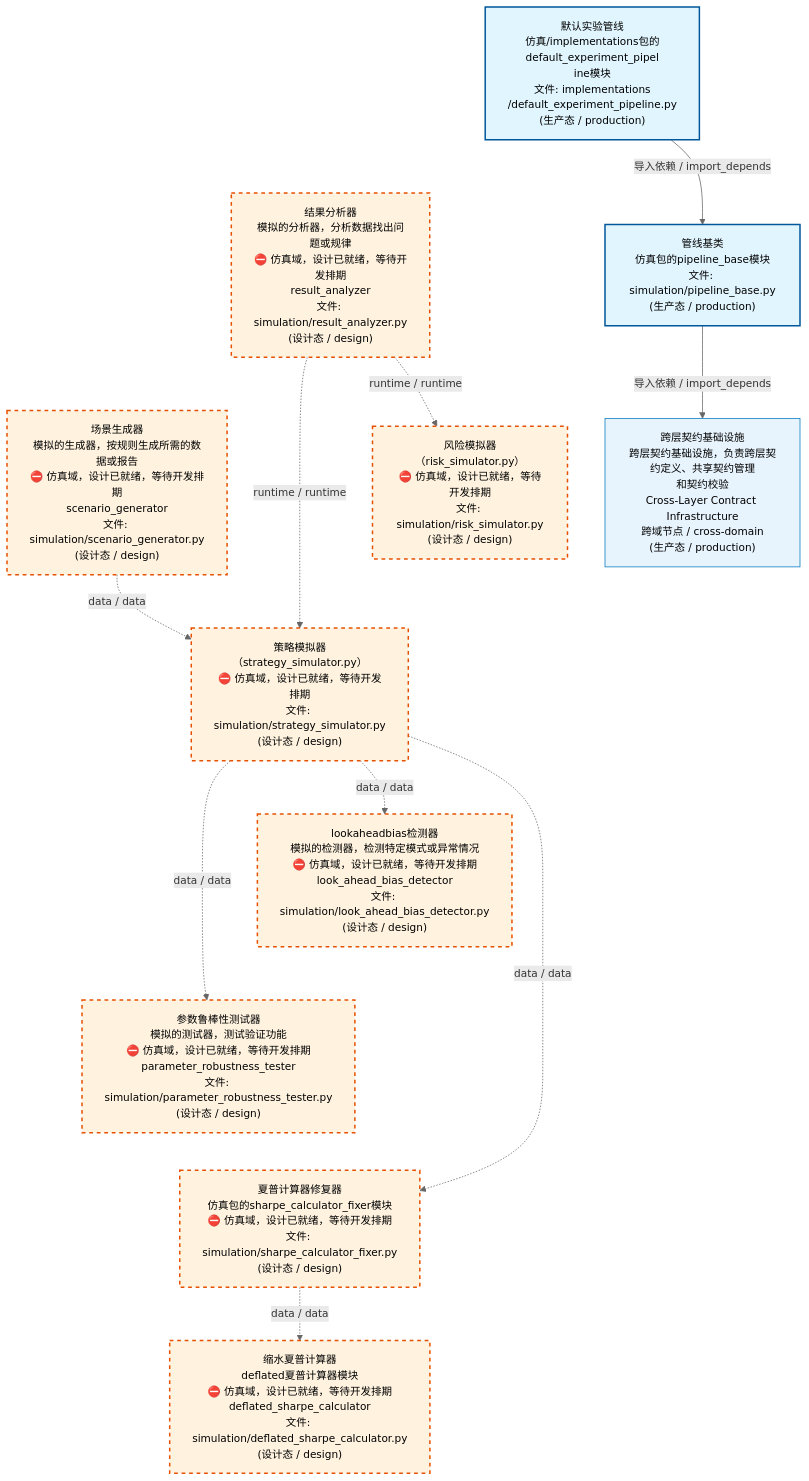
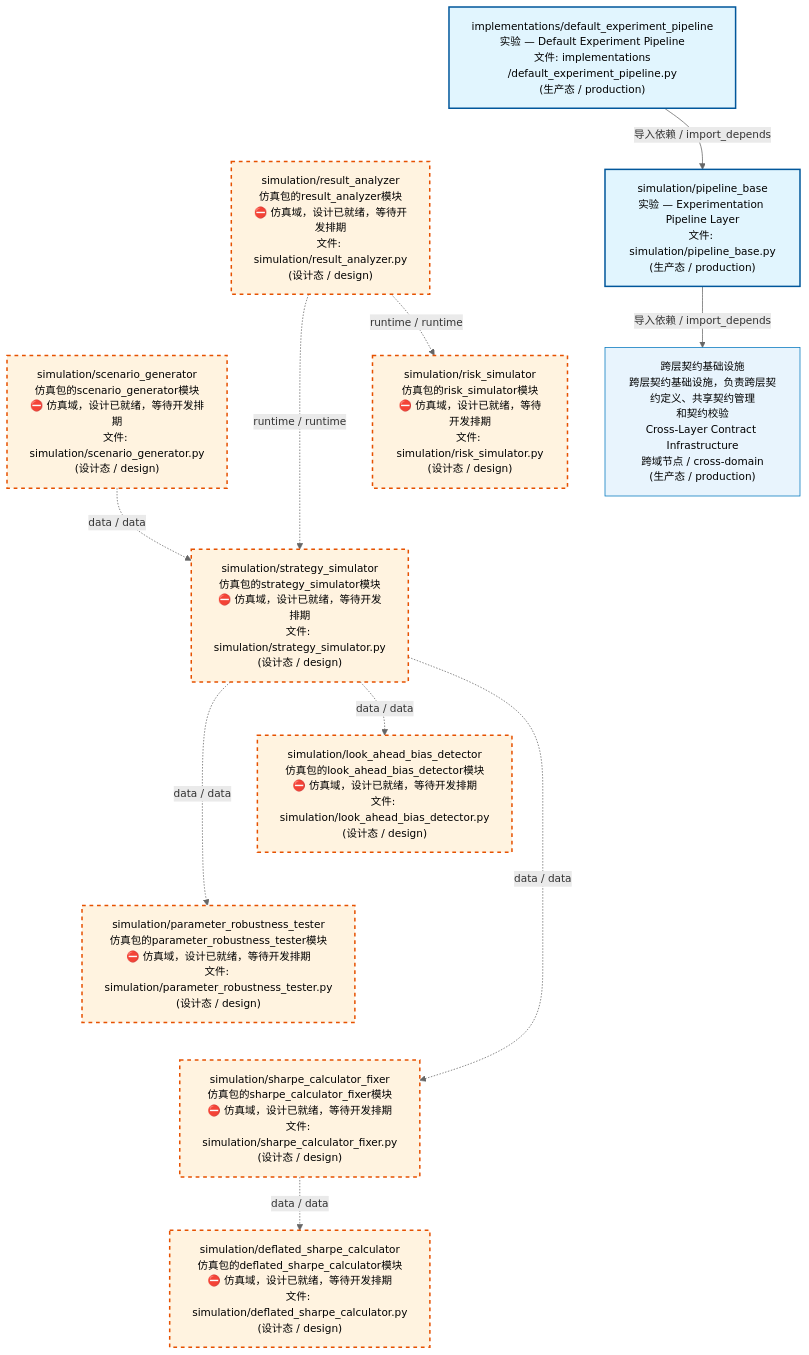
The first of 4 diagrams in docs/02_enterprise_architecture/02_domain_architecture_docs/70_d_simulation.md (xuanFelixVan/ZephyrAlpha), drawn with Mermaid before and after one commit. The commit also changed other lines of this file and 58 other files, not shown here.

````diff
--- a/docs/02_enterprise_architecture/02_domain_architecture_docs/70_d_simulation.md
+++ b/docs/02_enterprise_architecture/02_domain_architecture_docs/70_d_simulation.md
@@ -53,37 +53,37 @@
 ```mermaid
 %%{init: {'theme': 'base', 'themeVariables': {'primaryColor': '#eaeaea', 'primaryTextColor': '#333333', 'primaryBorderColor': '#666666', 'lineColor': '#666666', 'secondaryColor': '#eaeaea', 'tertiaryColor': '#eaeaea', 'fontSize': '14px'}}}%%
 flowchart TD
-    src_zephyr_simulation_implementations_default_experiment_pipeline_py["默认实验管线<br/>仿真/implementations包的default_experiment_pipel<br/>ine模块<br/>文件: implementations<br/>/default_experiment_pipeline.py<br/>(生产态 / production)"]
-    src_zephyr_simulation_result_analyzer_py["结果分析器<br/>模拟的分析器，分析数据找出问题或规律<br/>⛔ 仿真域，设计已就绪，等待开发排期<br/>result_analyzer<br/>文件: simulation/result_analyzer.py<br/>(设计态 / design)"]
-    src_zephyr_simulation_scenario_generator_py["场景生成器<br/>模拟的生成器，按规则生成所需的数据或报告<br/>⛔ 仿真域，设计已就绪，等待开发排期<br/>scenario_generator<br/>文件: simulation/scenario_generator.py<br/>(设计态 / design)"]
+    src_zephyr_simulation_implementations_default_experiment_pipeline_py["implementations/default_experiment_pipeline<br/>实验 — Default Experiment Pipeline<br/>文件: implementations<br/>/default_experiment_pipeline.py<br/>(生产态 / production)"]
+    src_zephyr_simulation_result_analyzer_py["simulation/result_analyzer<br/>仿真包的result_analyzer模块<br/>⛔ 仿真域，设计已就绪，等待开发排期<br/>文件: simulation/result_analyzer.py<br/>(设计态 / design)"]
+    src_zephyr_simulation_scenario_generator_py["simulation/scenario_generator<br/>仿真包的scenario_generator模块<br/>⛔ 仿真域，设计已就绪，等待开发排期<br/>文件: simulation/scenario_generator.py<br/>(设计态 / design)"]
     src_zephyr_simulation_implementations_default_experiment_pipeline_py ~~~ src_zephyr_simulation_result_analyzer_py
     src_zephyr_simulation_result_analyzer_py ~~~ src_zephyr_simulation_scenario_generator_py
-    src_zephyr_simulation_pipeline_base_py["管线基类<br/>仿真包的pipeline_base模块<br/>文件: simulation/pipeline_base.py<br/>(生产态 / production)"]
-    src_zephyr_simulation_risk_simulator_py["风险模拟器<br/>（risk_simulator.py）<br/>⛔ 仿真域，设计已就绪，等待开发排期<br/>文件: simulation/risk_simulator.py<br/>(设计态 / design)"]
-    src_zephyr_simulation_strategy_simulator_py["策略模拟器<br/>（strategy_simulator.py）<br/>⛔ 仿真域，设计已就绪，等待开发排期<br/>文件: simulation/strategy_simulator.py<br/>(设计态 / design)"]
+    src_zephyr_simulation_pipeline_base_py["simulation/pipeline_base<br/>实验 — Experimentation Pipeline Layer<br/>文件: simulation/pipeline_base.py<br/>(生产态 / production)"]
+    src_zephyr_simulation_risk_simulator_py["simulation/risk_simulator<br/>仿真包的risk_simulator模块<br/>⛔ 仿真域，设计已就绪，等待开发排期<br/>文件: simulation/risk_simulator.py<br/>(设计态 / design)"]
+    src_zephyr_simulation_strategy_simulator_py["simulation/strategy_simulator<br/>仿真包的strategy_simulator模块<br/>⛔ 仿真域，设计已就绪，等待开发排期<br/>文件: simulation/strategy_simulator.py<br/>(设计态 / design)"]
     src_zephyr_simulation_pipeline_base_py ~~~ src_zephyr_simulation_risk_simulator_py
     src_zephyr_simulation_risk_simulator_py ~~~ src_zephyr_simulation_strategy_simulator_py
-    src_zephyr_simulation_look_ahead_bias_detector_py["lookaheadbias检测器<br/>模拟的检测器，检测特定模式或异常情况<br/>⛔ 仿真域，设计已就绪，等待开发排期<br/>look_ahead_bias_detector<br/>文件: simulation/look_ahead_bias_detector.py<br/>(设计态 / design)"]
-    src_zephyr_simulation_parameter_robustness_tester_py["参数鲁棒性测试器<br/>模拟的测试器，测试验证功能<br/>⛔ 仿真域，设计已就绪，等待开发排期<br/>parameter_robustness_tester<br/>文件: simulation/parameter_robustness_tester.py<br/>(设计态 / design)"]
-    src_zephyr_simulation_sharpe_calculator_fixer_py["夏普计算器修复器<br/>仿真包的sharpe_calculator_fixer模块<br/>⛔ 仿真域，设计已就绪，等待开发排期<br/>文件: simulation/sharpe_calculator_fixer.py<br/>(设计态 / design)"]
+    src_zephyr_simulation_look_ahead_bias_detector_py["simulation/look_ahead_bias_detector<br/>仿真包的look_ahead_bias_detector模块<br/>⛔ 仿真域，设计已就绪，等待开发排期<br/>文件: simulation/look_ahead_bias_detector.py<br/>(设计态 / design)"]
+    src_zephyr_simulation_parameter_robustness_tester_py["simulation/parameter_robustness_tester<br/>仿真包的parameter_robustness_tester模块<br/>⛔ 仿真域，设计已就绪，等待开发排期<br/>文件: simulation/parameter_robustness_tester.py<br/>(设计态 / design)"]
+    src_zephyr_simulation_sharpe_calculator_fixer_py["simulation/sharpe_calculator_fixer<br/>仿真包的sharpe_calculator_fixer模块<br/>⛔ 仿真域，设计已就绪，等待开发排期<br/>文件: simulation/sharpe_calculator_fixer.py<br/>(设计态 / design)"]
     src_zephyr_simulation_look_ahead_bias_detector_py ~~~ src_zephyr_simulation_parameter_robustness_tester_py
     src_zephyr_simulation_parameter_robustness_tester_py ~~~ src_zephyr_simulation_sharpe_calculator_fixer_py
-    src_zephyr_simulation_deflated_sharpe_calculator_py["缩水夏普计算器<br/>deflated夏普计算器模块<br/>⛔ 仿真域，设计已就绪，等待开发排期<br/>deflated_sharpe_calculator<br/>文件: simulation/deflated_sharpe_calculator.py<br/>(设计态 / design)"]
+    src_zephyr_simulation_deflated_sharpe_calculator_py["simulation/deflated_sharpe_calculator<br/>仿真包的deflated_sharpe_calculator模块<br/>⛔ 仿真域，设计已就绪，等待开发排期<br/>文件: simulation/deflated_sharpe_calculator.py<br/>(设计态 / design)"]
     src_zephyr_simulation_strategy_simulator_py -.->|data / data| src_zephyr_simulation_parameter_robustness_tester_py
     src_zephyr_simulation_strategy_simulator_py -.->|data / data| src_zephyr_simulation_look_ahead_bias_detector_py
     src_zephyr_simulation_strategy_simulator_py -.->|data / data| src_zephyr_simulation_sharpe_calculator_fixer_py
     src_zephyr_simulation_scenario_generator_py -.->|data / data| src_zephyr_simulation_strategy_simulator_py
     src_zephyr_simulation_result_analyzer_py -.->|runtime / runtime| src_zephyr_simulation_strategy_simulator_py
     src_zephyr_simulation_result_analyzer_py -.->|runtime / runtime| src_zephyr_simulation_risk_simulator_py
     src_zephyr_simulation_sharpe_calculator_fixer_py -.->|data / data| src_zephyr_simulation_deflated_sharpe_calculator_py
     src_zephyr_simulation_implementations_default_experiment_pipeline_py -->|导入依赖 / import_depends| src_zephyr_simulation_pipeline_base_py
     D_INFRASTRUCTURE["跨层契约基础设施<br/>跨层契约基础设施，负责跨层契约定义、共享契约管理<br/>和契约校验<br/>Cross-Layer Contract Infrastructure<br/>跨域节点 / cross-domain<br/>(生产态 / production)"]
     src_zephyr_simulation_pipeline_base_py -->|导入依赖 / import_depends| D_INFRASTRUCTURE
     classDef production fill:#e1f5fe,stroke:#01579b,stroke-width:2px,color:#000
     classDef design fill:#fff3e0,stroke:#e65100,stroke-width:2px,color:#000,stroke-dasharray: 5 5
     classDef external_prod fill:#e8f4fd,stroke:#0277bd,stroke-width:1px,color:#000
     classDef external_design fill:#fff8e7,stroke:#ef6c00,stroke-width:1px,color:#000,stroke-dasharray: 5 5
     class src_zephyr_simulation_implementations_default_experiment_pipeline_py,src_zephyr_simulation_pipeline_base_py production
     class src_zephyr_simulation_deflated_sharpe_calculator_py,src_zephyr_simulation_look_ahead_bias_detector_py,src_zephyr_simulation_parameter_robustness_tester_py,src_zephyr_simulation_result_analyzer_py,src_zephyr_simulation_risk_simulator_py,src_zephyr_simulation_scenario_generator_py,src_zephyr_simulation_sharpe_calculator_fixer_py,src_zephyr_simulation_strategy_simulator_py design
     class D_INFRASTRUCTURE external_prod
 ```
````
